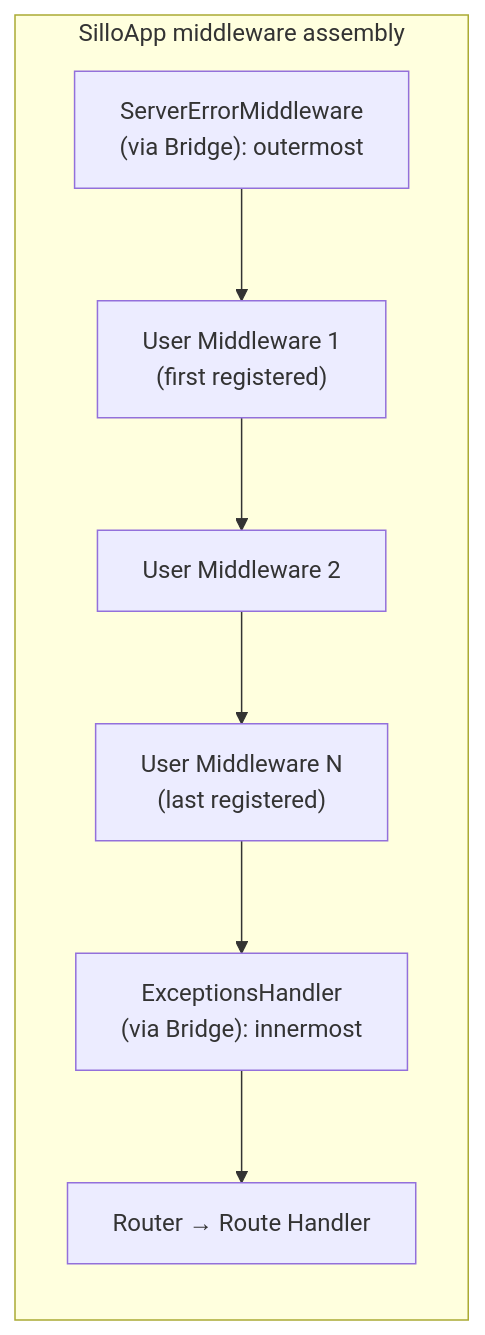
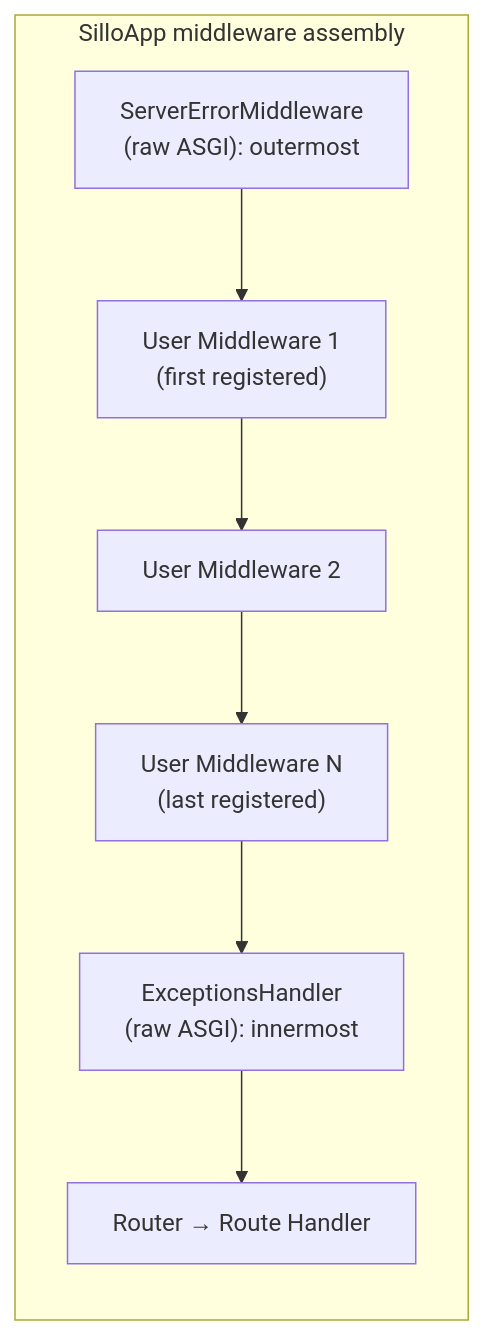
The fourth of 17 diagrams in docs/docs/src/content/docs/advanced/middleware.md (sillohq/core), drawn with Mermaid before and after one commit. The commit also changed other lines of this file and 7 other files, not shown here.

````diff
--- a/docs/docs/src/content/docs/advanced/middleware.md
+++ b/docs/docs/src/content/docs/advanced/middleware.md
@@ -252,14 +304,14 @@
 ```mermaid
 graph TB
     subgraph "SilloApp middleware assembly"
         direction TB
-        SE["ServerErrorMiddleware\n(via Bridge): outermost"]
+        SE["ServerErrorMiddleware\n(raw ASGI): outermost"]
         MW1["User Middleware 1\n(first registered)"]
         MW2["User Middleware 2"]
         MWn["User Middleware N\n(last registered)"]
-        EX["ExceptionsHandler\n(via Bridge): innermost"]
+        EX["ExceptionsHandler\n(raw ASGI): innermost"]
         ROUTER["Router → Route Handler"]
 
         SE --> MW1 --> MW2 --> MWn --> EX --> ROUTER
     end
 ```
````
